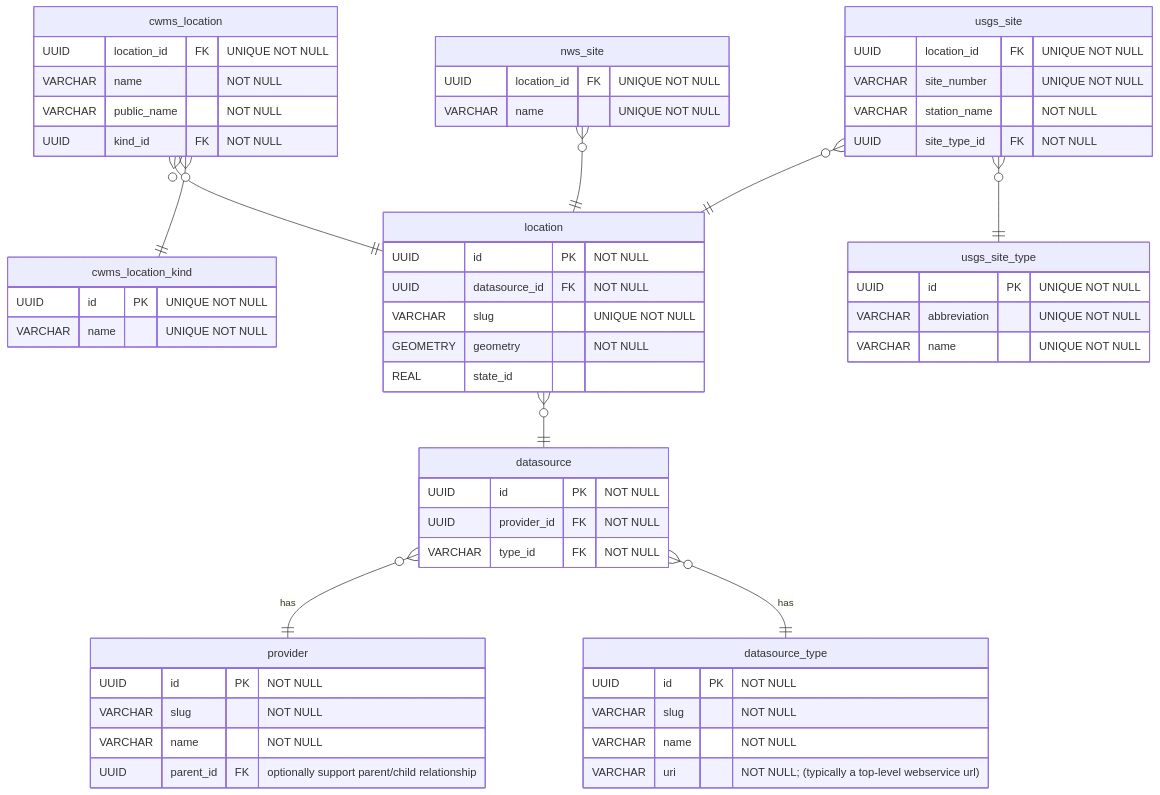
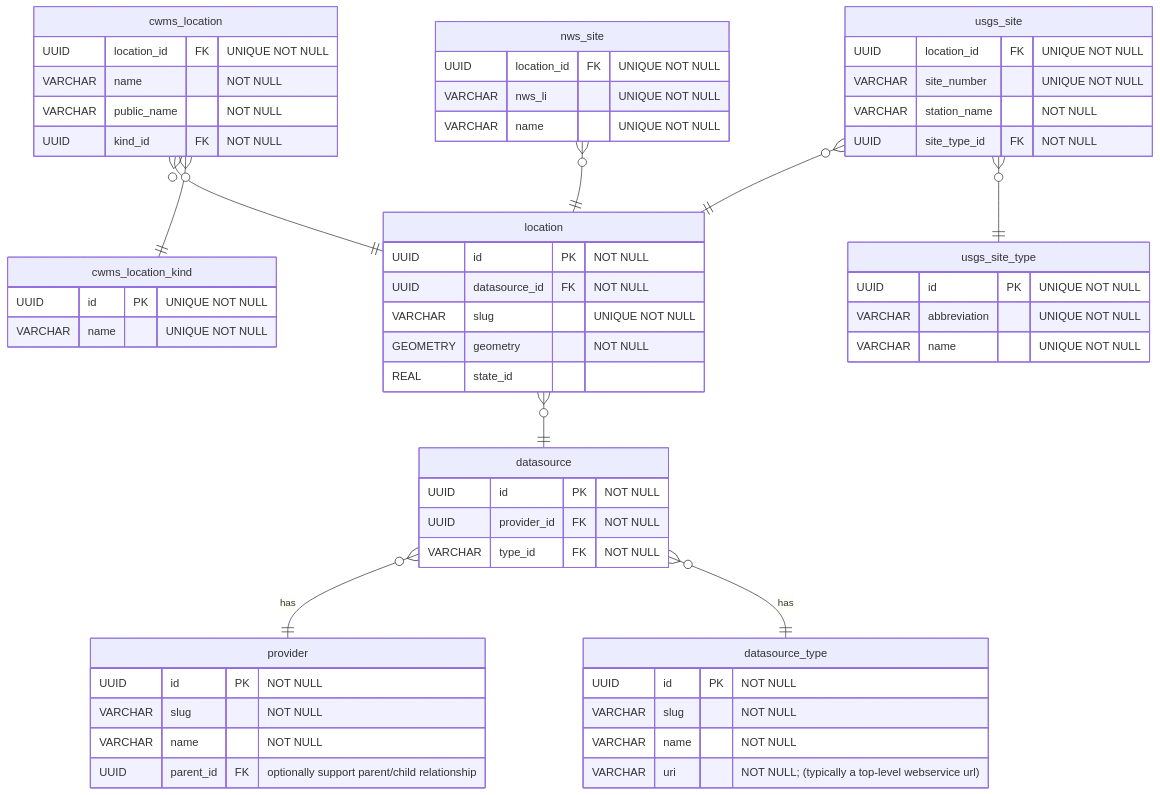
One commit to USACE/water changed the diagram in models/location.md. Above: the diagram before and after it, drawn with Mermaid.

Commit message:
Location Model; Add column nws_li to table nws_site

````diff
--- a/models/location.md
+++ b/models/location.md
@@ -3,62 +3,63 @@
 ```mermaid
 erDiagram
 
     cwms_location }o--|| location : ""
     cwms_location }o--|| cwms_location_kind : ""
     cwms_location {
         UUID        location_id    FK "UNIQUE NOT NULL"
         VARCHAR     name         "NOT NULL"
         VARCHAR     public_name  "NOT NULL"
         UUID        kind_id      FK "NOT NULL"
     }
     cwms_location_kind {
         UUID        id        PK "UNIQUE NOT NULL"
         VARCHAR     name      "UNIQUE NOT NULL"
     }
     usgs_site }o--|| location : ""
     usgs_site }o--|| usgs_site_type : ""
     usgs_site {
         UUID        location_id        FK "UNIQUE NOT NULL"
         VARCHAR     site_number      "UNIQUE NOT NULL"
         VARCHAR     station_name             "NOT NULL"
         UUID        site_type_id  FK "NOT NULL"
     }
     usgs_site_type {
         UUID        id           PK "UNIQUE NOT NULL"
         VARCHAR     abbreviation "UNIQUE NOT NULL"
         VARCHAR     name         "UNIQUE NOT NULL"
     }
     nws_site }o--|| location : ""
     nws_site {
         UUID        location_id        FK "UNIQUE NOT NULL"
+        VARCHAR     nws_li                "UNIQUE NOT NULL"
         VARCHAR     name                  "UNIQUE NOT NULL"
     }
     location }o--|| datasource : ""
     location {
         UUID        id             PK "NOT NULL"
         UUID        datasource_id  FK "NOT NULL"
         VARCHAR     slug           "UNIQUE NOT NULL"
         GEOMETRY    geometry       "NOT NULL"
         REAL        state_id
     }
     provider {
         UUID    id        PK "NOT NULL"
         VARCHAR slug         "NOT NULL"
         VARCHAR name         "NOT NULL"
         UUID    parent_id FK "optionally support parent/child relationship"
     }
     datasource_type {
         UUID   id    PK "NOT NULL"
         VARCHAR slug    "NOT NULL"
         VARCHAR name    "NOT NULL"
         VARCHAR uri     "NOT NULL; (typically a top-level webservice url)"
     }
     datasource }o--|| provider : has
     datasource }o--|| datasource_type : has
     datasource {
         UUID    id          PK "NOT NULL"
         UUID    provider_id FK "NOT NULL"
         VARCHAR type_id     FK "NOT NULL"
     }
 
 ```
````
